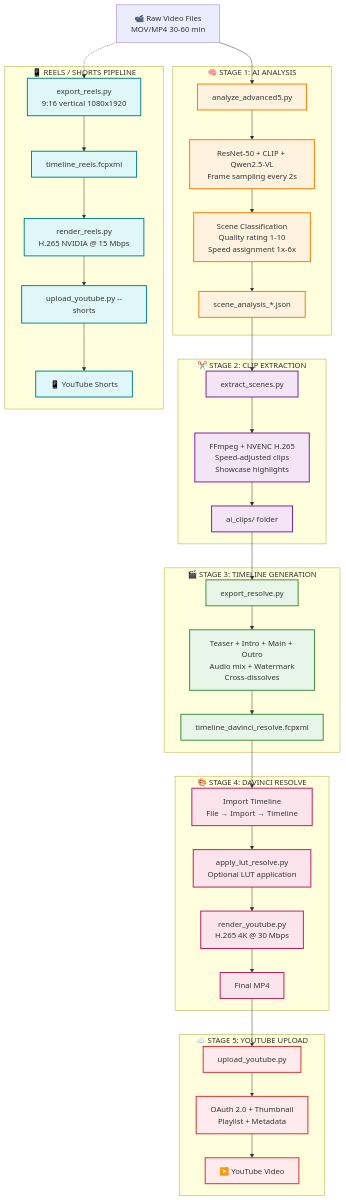
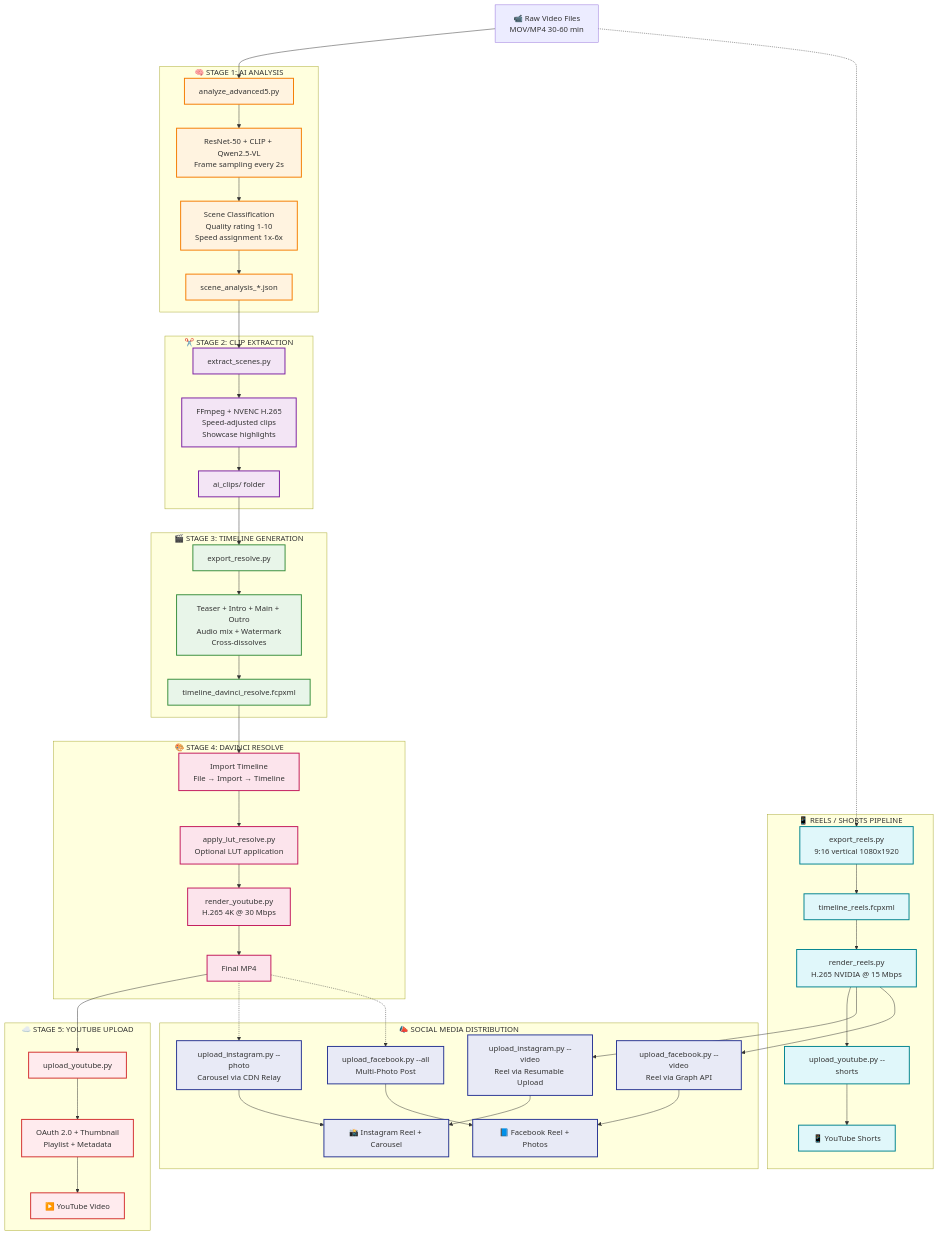
One commit to iBobbyTS/ai-video-editor changed the first of 3 diagrams in README.md. Above: the diagram before and after it, drawn with Mermaid. The commit also changed other lines of this file and 8 other files, not shown here.

Commit message:
social media integration

````diff
--- a/README.md
+++ b/README.md
@@ -223,6 +227,16 @@
         SHORTS[📱 YouTube Shorts]
     end
     
+    %% Social Media
+    subgraph SS[" 📣 SOCIAL MEDIA DISTRIBUTION "]
+        IG_REEL[upload_instagram.py --video<br/>Reel via Resumable Upload]
+        IG_PHOTO[upload_instagram.py --photo<br/>Carousel via CDN Relay]
+        FB_REEL[upload_facebook.py --video<br/>Reel via Graph API]
+        FB_PHOTO[upload_facebook.py --all<br/>Multi-Photo Post]
+        IG[📸 Instagram Reel + Carousel]
+        FB[📘 Facebook Reel + Photos]
+    end
+    
     %% Flow
     RAW --> ANALYZE
     ANALYZE --> MODELS
@@ -253,6 +267,16 @@
     REELS_RENDER --> REELS_UP
     REELS_UP --> SHORTS
     
+    %% Social media flow
+    REELS_RENDER --> IG_REEL
+    REELS_RENDER --> FB_REEL
+    IG_REEL --> IG
+    IG_PHOTO --> IG
+    FB_REEL --> FB
+    FB_PHOTO --> FB
+    MP4 -.-> IG_PHOTO
+    MP4 -.-> FB_PHOTO
+    
     %% Styling
     classDef stageR fill:#e0f7fa,stroke:#00838f,stroke-width:2px
     classDef stage1 fill:#fff3e0,stroke:#f57c00,stroke-width:2px
@@ -260,6 +284,7 @@
     classDef stage3 fill:#e8f5e9,stroke:#388e3c,stroke-width:2px
     classDef stage4 fill:#fce4ec,stroke:#c2185b,stroke-width:2px
     classDef stage5 fill:#ffebee,stroke:#d32f2f,stroke-width:2px
+    classDef stageS fill:#e8eaf6,stroke:#283593,stroke-width:2px
     
     class ANALYZE,MODELS,CLASSIFY,JSON stage1
     class EXTRACT,FFMPEG,CLIPS stage2
@@ -267,4 +292,5 @@
     class IMPORT,LUT,RENDER,MP4 stage4
     class UPLOAD,AUTH,YT stage5
     class REELS_EXP,REELS_XML,REELS_RENDER,REELS_UP,SHORTS stageR
+    class IG_REEL,IG_PHOTO,FB_REEL,FB_PHOTO,IG,FB stageS
 ```
````
